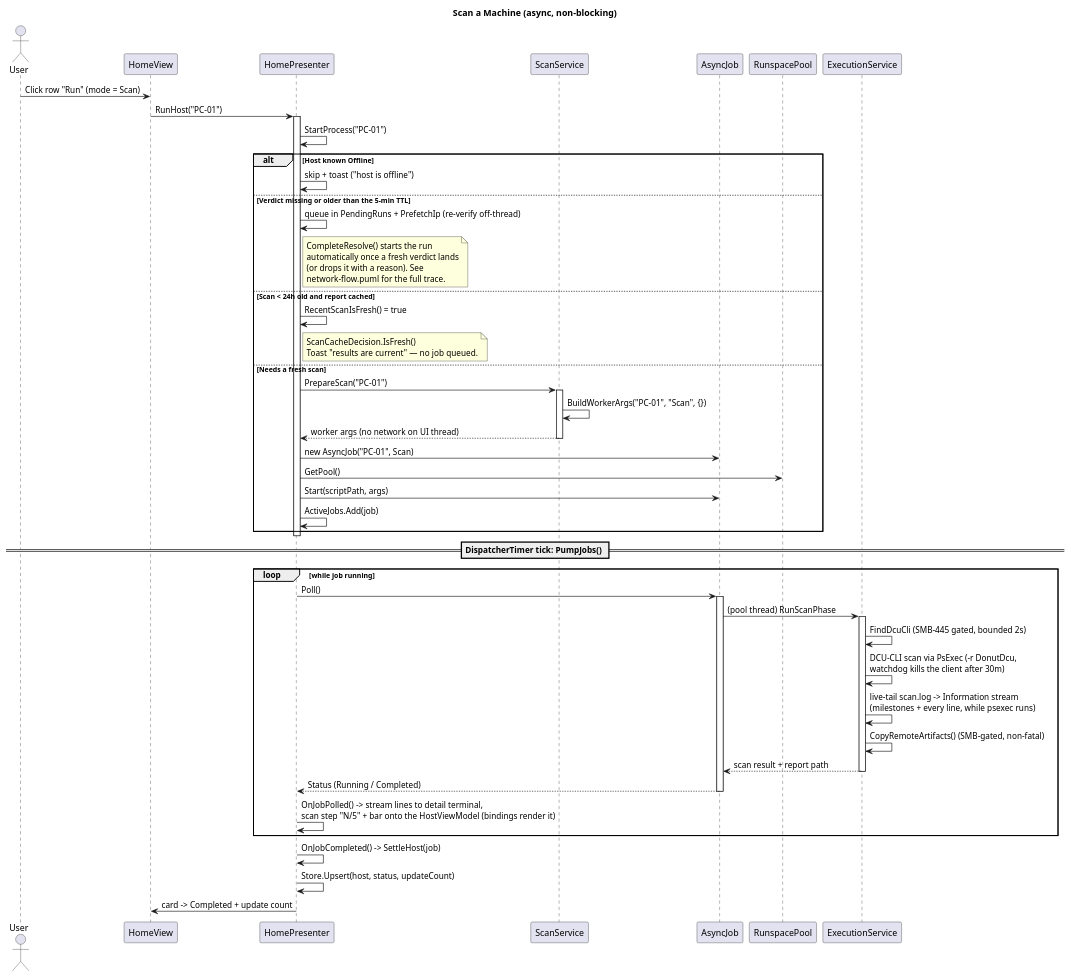
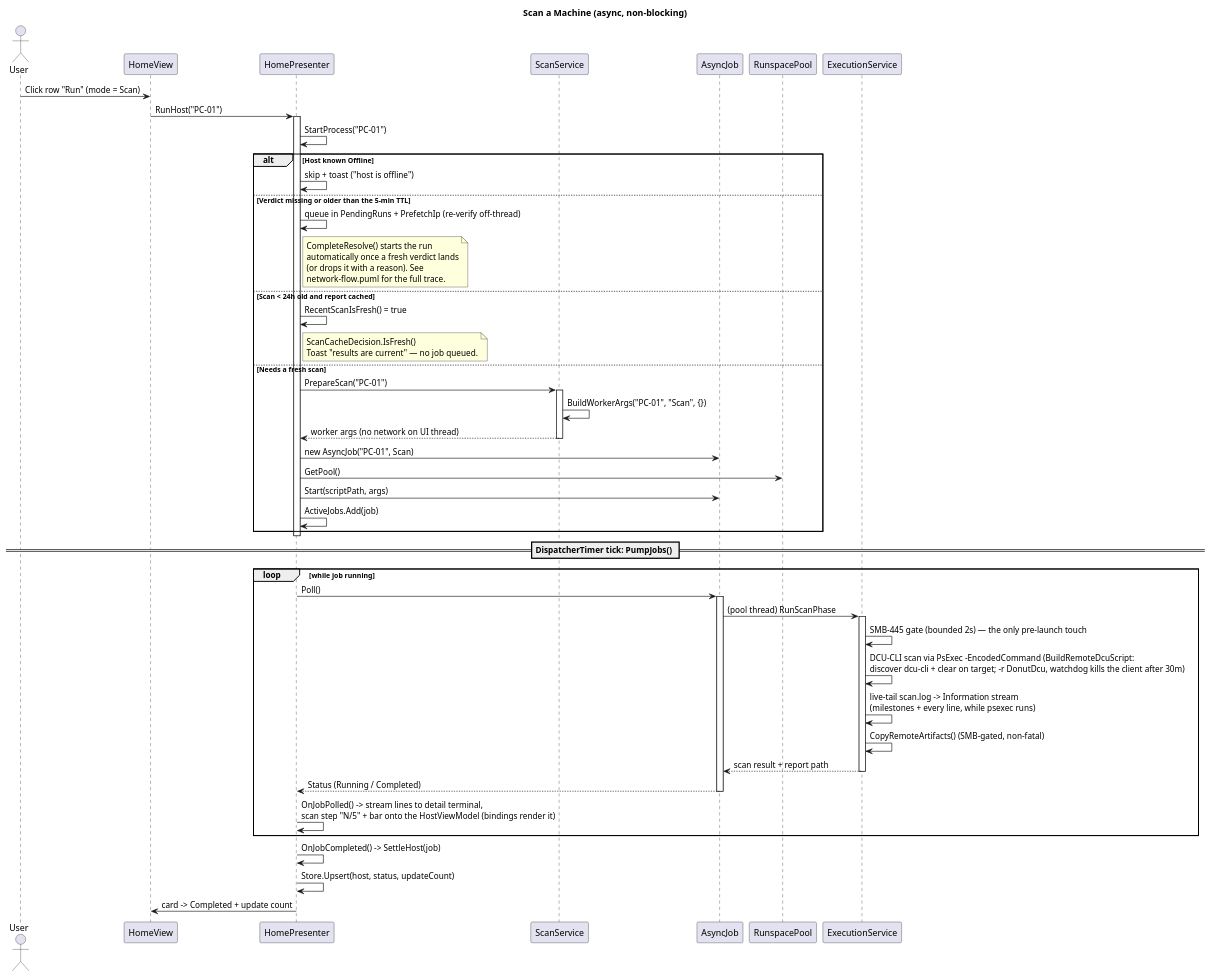
Before and after one commit to Danial-Changez/DONUT: the diagram in docs/diagrams/scan_sequence_diagram.puml, drawn with PlantUML. The commit also changed 4 other files, not shown here.

```diff
--- a/docs/diagrams/scan_sequence_diagram.puml
+++ b/docs/diagrams/scan_sequence_diagram.puml
@@ -1,60 +1,60 @@
 @startuml Scan Sequence Diagram
 title Scan a Machine (async, non-blocking)
 
 actor User
 participant "HomeView" as View
 participant "HomePresenter" as Presenter
 participant "ScanService" as Scan
 participant "AsyncJob" as Job
 participant "RunspacePool" as Pool
 participant "ExecutionService" as Exec
 
 User -> View: Click row "Run" (mode = Scan)
 View -> Presenter: RunHost("PC-01")
 activate Presenter
 Presenter -> Presenter: StartProcess("PC-01")
 
 alt Host known Offline
     Presenter -> Presenter: skip + toast ("host is offline")
 else Verdict missing or older than the 5-min TTL
     Presenter -> Presenter: queue in PendingRuns + PrefetchIp (re-verify off-thread)
     note right of Presenter: CompleteResolve() starts the run\nautomatically once a fresh verdict lands\n(or drops it with a reason). See\nnetwork-flow.puml for the full trace.
 else Scan < 24h old and report cached
     Presenter -> Presenter: RecentScanIsFresh() = true
     note right of Presenter: ScanCacheDecision.IsFresh()\nToast "results are current" — no job queued.
 else Needs a fresh scan
     Presenter -> Scan: PrepareScan("PC-01")
     activate Scan
     Scan -> Scan: BuildWorkerArgs("PC-01", "Scan", {})
     Scan --> Presenter: worker args (no network on UI thread)
     deactivate Scan
 
     Presenter -> Job: new AsyncJob("PC-01", Scan)
     Presenter -> Pool: GetPool()
     Presenter -> Job: Start(scriptPath, args)
     Presenter -> Presenter: ActiveJobs.Add(job)
 end
 deactivate Presenter
 
 == DispatcherTimer tick: PumpJobs() ==
 
 loop while job running
     Presenter -> Job: Poll()
     activate Job
     Job -> Exec: (pool thread) RunScanPhase
     activate Exec
-    Exec -> Exec: FindDcuCli (SMB-445 gated, bounded 2s)
-    Exec -> Exec: DCU-CLI scan via PsExec (-r DonutDcu,\nwatchdog kills the client after 30m)
+    Exec -> Exec: SMB-445 gate (bounded 2s) — the only pre-launch touch
+    Exec -> Exec: DCU-CLI scan via PsExec -EncodedCommand (BuildRemoteDcuScript:\ndiscover dcu-cli + clear on target; -r DonutDcu, watchdog kills the client after 30m)
     Exec -> Exec: live-tail scan.log -> Information stream\n(milestones + every line, while psexec runs)
     Exec -> Exec: CopyRemoteArtifacts() (SMB-gated, non-fatal)
     Exec --> Job: scan result + report path
     deactivate Exec
     Job --> Presenter: Status (Running / Completed)
     deactivate Job
     Presenter -> Presenter: OnJobPolled() -> stream lines to detail terminal,\nscan step "N/5" + bar onto the HostViewModel (bindings render it)
 end
 
 Presenter -> Presenter: OnJobCompleted() -> SettleHost(job)
 Presenter -> Presenter: Store.Upsert(host, status, updateCount)
 Presenter -> View: card -> Completed + update count
 @enduml
```
